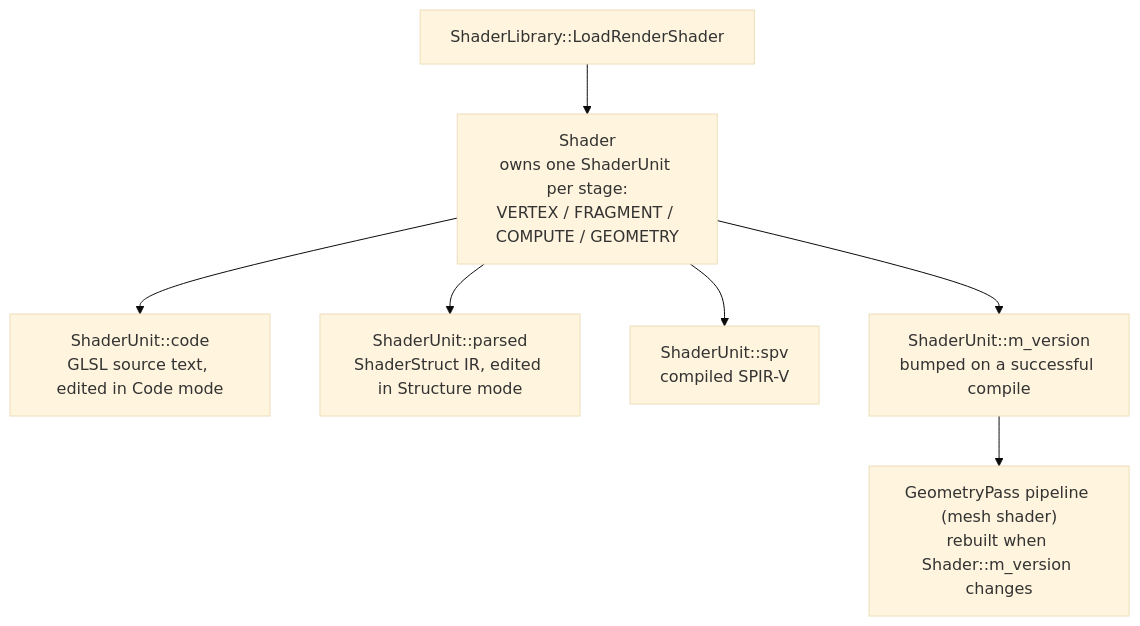
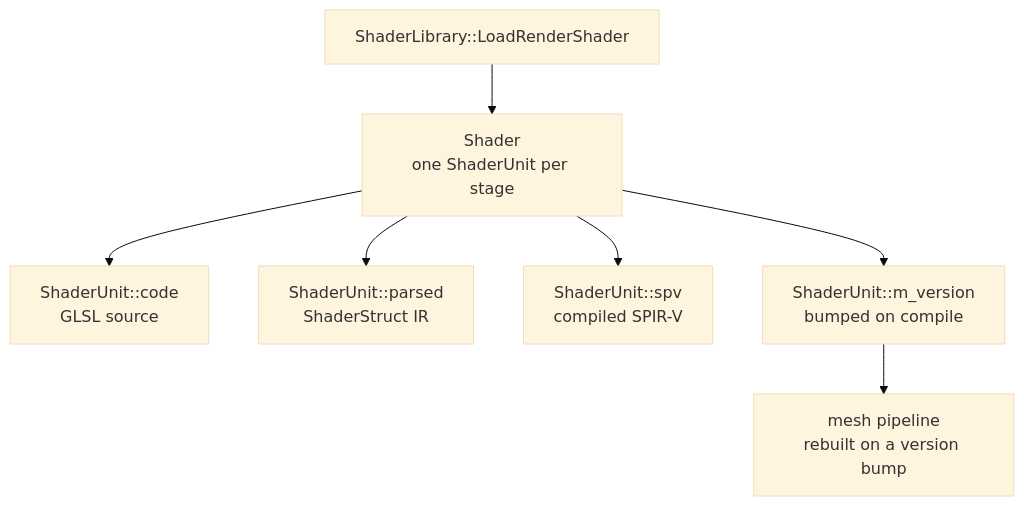
Before and after one commit to XDzZyq/Neurus: the diagram in docs/render/shaders.md, drawn with Mermaid (base theme). The commit also changed 14 other files, not shown here.

First line of the commit message:
docs(diagrams): cut node labels to two short lines

````diff
--- a/docs/render/shaders.md
+++ b/docs/render/shaders.md
@@ -7,17 +7,17 @@
 ```mermaid
 flowchart TD
     library["ShaderLibrary::LoadRenderShader"]
-    shader["Shader<br/>owns one ShaderUnit per stage:<br/>VERTEX / FRAGMENT / COMPUTE / GEOMETRY"]
-    code["ShaderUnit::code<br/>GLSL source text, edited in Code mode"]
-    parsed["ShaderUnit::parsed<br/>ShaderStruct IR, edited in Structure mode"]
+    shader["Shader<br/>one ShaderUnit per stage"]
+    code["ShaderUnit::code<br/>GLSL source"]
+    parsed["ShaderUnit::parsed<br/>ShaderStruct IR"]
     spv["ShaderUnit::spv<br/>compiled SPIR-V"]
-    version["ShaderUnit::m_version<br/>bumped on a successful compile"]
-    pipeline["GeometryPass pipeline (mesh shader)<br/>rebuilt when Shader::m_version changes"]
+    version["ShaderUnit::m_version<br/>bumped on compile"]
+    pipeline["mesh pipeline<br/>rebuilt on a version bump"]
 
     library --> shader
     shader --> code
     shader --> parsed
     shader --> spv
     shader --> version
     version --> pipeline
 ```
````
